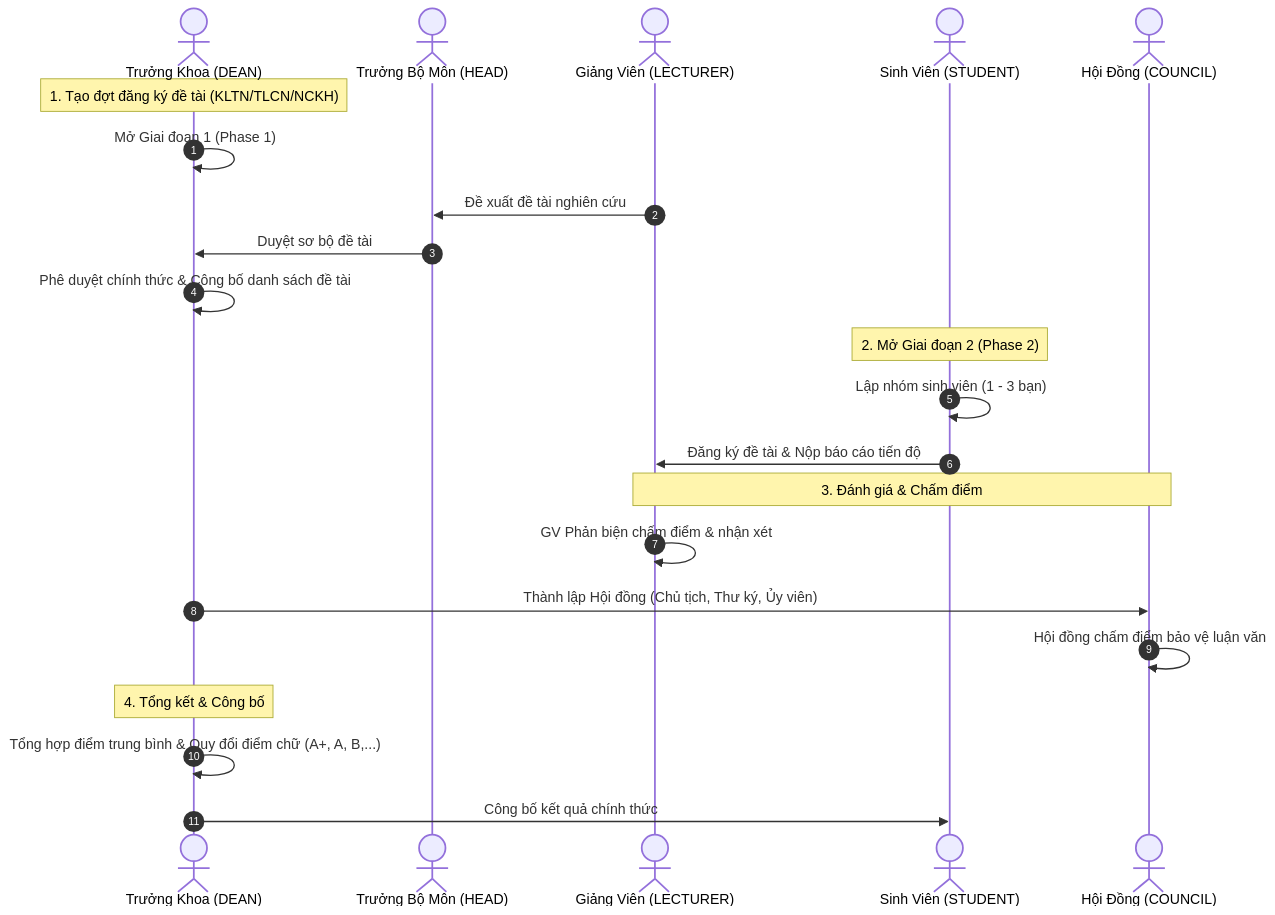
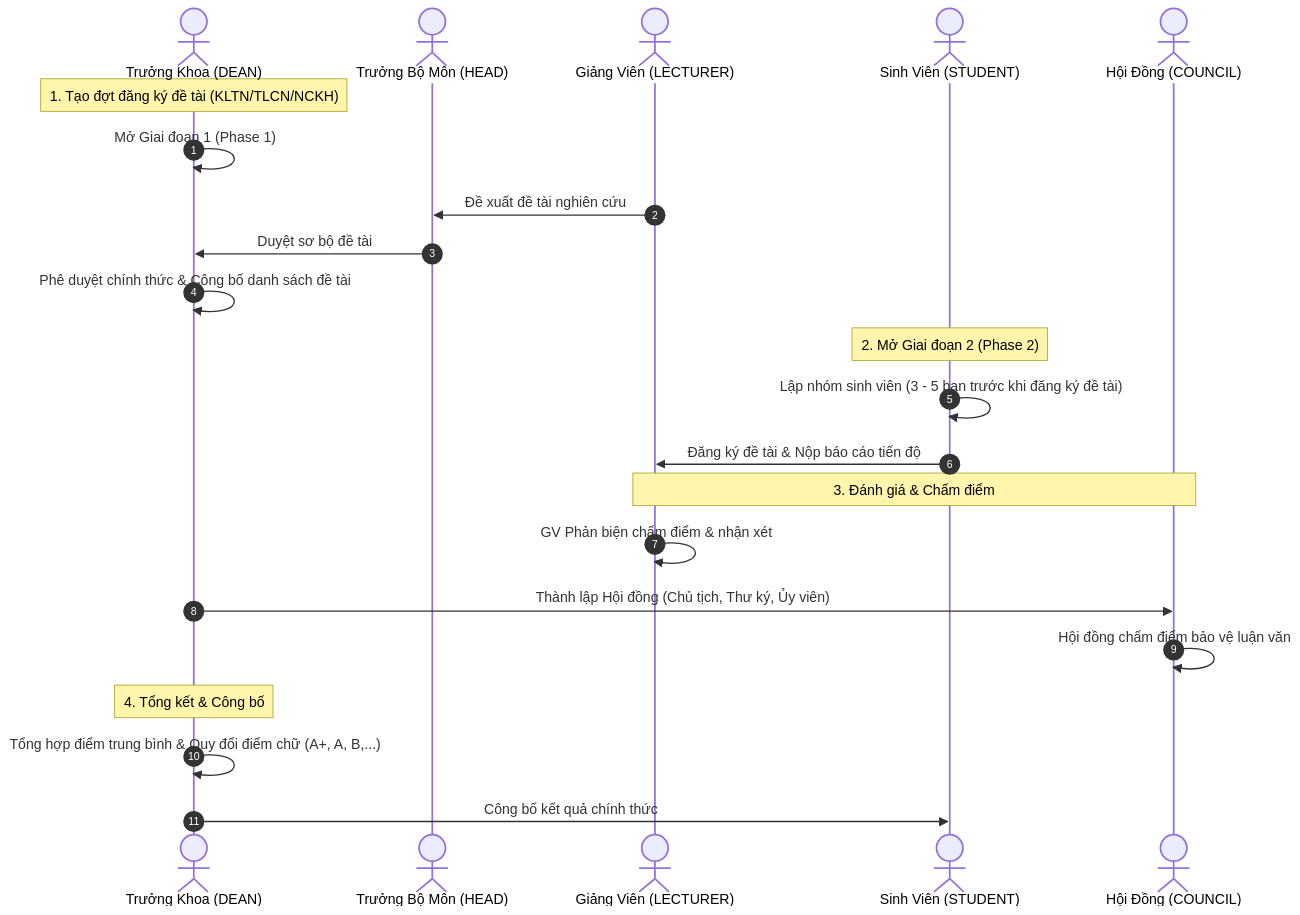
One commit to nigrumdiaster/DALTWEB changed the diagram in README.md. Above: the diagram before and after it, drawn with Mermaid. The commit also changed other lines of this file and 3 other files, not shown here.

````diff
--- a/README.md
+++ b/README.md
@@ -139,28 +139,28 @@
 ```mermaid
 sequenceDiagram
     autonumber
     actor T as Trưởng Khoa (DEAN)
     actor BM as Trưởng Bộ Môn (HEAD)
     actor GV as Giảng Viên (LECTURER)
     actor SV as Sinh Viên (STUDENT)
     actor HD as Hội Đồng (COUNCIL)
 
     Note over T: 1. Tạo đợt đăng ký đề tài (KLTN/TLCN/NCKH)
     T->>T: Mở Giai đoạn 1 (Phase 1)
     GV->>BM: Đề xuất đề tài nghiên cứu
     BM->>T: Duyệt sơ bộ đề tài
     T->>T: Phê duyệt chính thức & Công bố danh sách đề tài
     
     Note over SV: 2. Mở Giai đoạn 2 (Phase 2)
-    SV->>SV: Lập nhóm sinh viên (1 - 3 bạn)
+    SV->>SV: Lập nhóm sinh viên (3 - 5 bạn trước khi đăng ký đề tài)
     SV->>GV: Đăng ký đề tài & Nộp báo cáo tiến độ
     
     Note over GV,HD: 3. Đánh giá & Chấm điểm
     GV->>GV: GV Phản biện chấm điểm & nhận xét
     T->>HD: Thành lập Hội đồng (Chủ tịch, Thư ký, Ủy viên)
     HD->>HD: Hội đồng chấm điểm bảo vệ luận văn
     
     Note over T: 4. Tổng kết & Công bố
     T->>T: Tổng hợp điểm trung bình & Quy đổi điểm chữ (A+, A, B,...)
     T->>SV: Công bố kết quả chính thức
 ```
````
